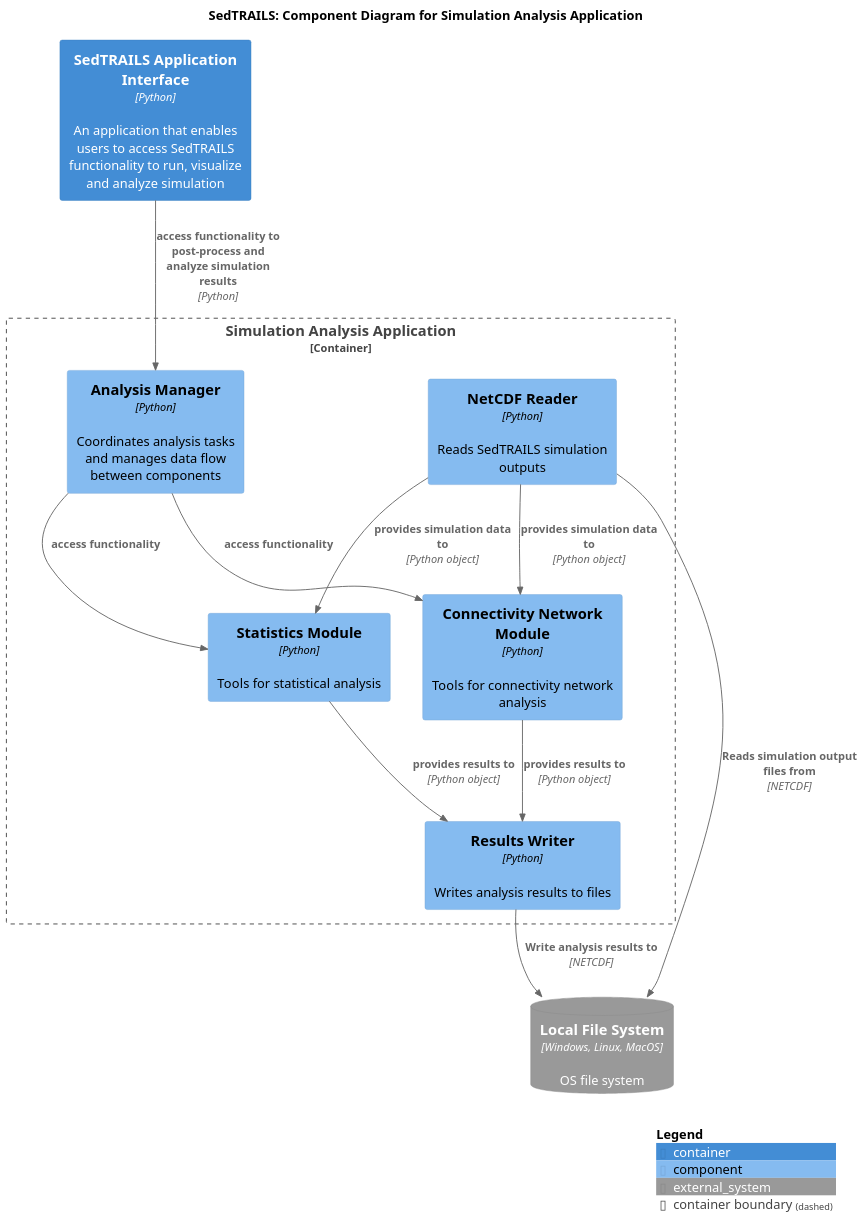
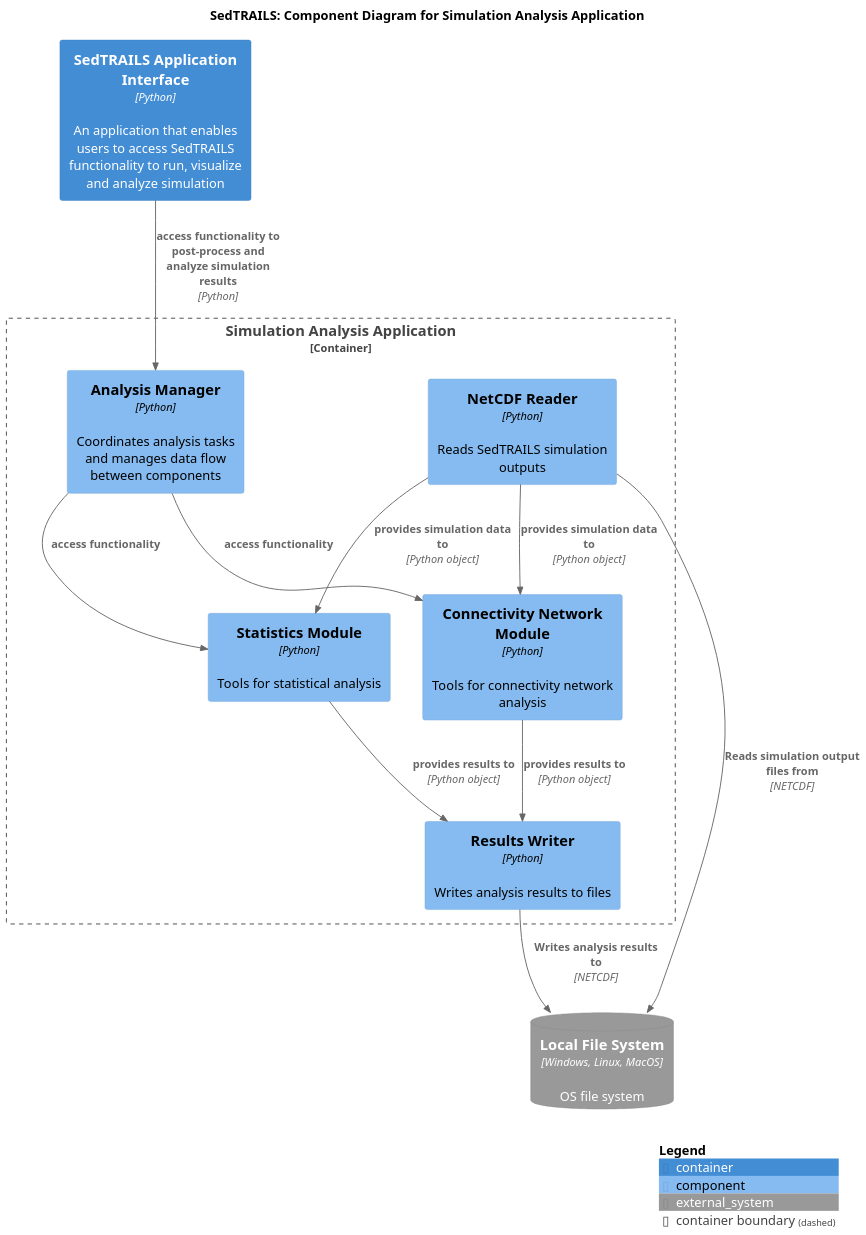
The diagram in diagrams/components-analysis-app.puml (sgpearson17/sedtrails-sgp), drawn with PlantUML before and after one commit. The commit also changed 7 other files, not shown here.

Commit message:
docs: correct typos and improve clarity in component diagrams

```diff
--- a/diagrams/components-analysis-app.puml
+++ b/diagrams/components-analysis-app.puml
@@ -1,33 +1,33 @@
 @startuml SedtrailComponentsAnalysis
 !include ./c4/C4_Component.puml
 
 ' LAYOUT_LANDSCAPE()
 
 title SedTRAILS: Component Diagram for Simulation Analysis Application
 scale 1.5
 
 
 Container(sedtrailsInterface, "SedTRAILS Application Interface", "Python", "An application that enables users to access SedTRAILS functionality to run, visualize and analyze simulation")
 SystemDb_Ext(fileSystem, "Local File System", "OS file system", $type="Windows, Linux, MacOS")
 
 Container_Boundary(analystApp, "Simulation Analysis Application", "Python", "An application to post-process simulation outputs and conduct statistical and connectivity network analyses"){
     Component(fileReader, "NetCDF Reader", "Python", "Reads SedTRAILS simulation outputs")
     Component(fileWriter, "Results Writer", "Python", "Writes analysis results to files")
     Component(statistics, "Statistics Module", "Python", "Tools for statistical analysis")
     Component(connectivity, "Connectivity Network Module", "Python", "Tools for connectivity network analysis")
     Component(analysisManager, "Analysis Manager", "Python", "Coordinates analysis tasks and manages data flow between components")
 
     Rel(fileReader, statistics, "provides simulation data to", "Python object")
     Rel(fileReader, connectivity, "provides simulation data to", "Python object")   
     Rel(connectivity, fileWriter, "provides results to", "Python object")
     Rel(statistics, fileWriter, "provides results to", "Python object")
 }
 
 Rel(fileReader, fileSystem, "Reads simulation output files from", "NETCDF")
-Rel(fileWriter, fileSystem , "Write analysis results to", "NETCDF")
+Rel(fileWriter, fileSystem , "Writes analysis results to", "NETCDF")
 Rel(sedtrailsInterface, analysisManager, "access functionality to post-process and analyze simulation results", "Python")
 Rel(analysisManager, statistics, "access functionality",)
 Rel(analysisManager, connectivity, "access functionality",)
 
 SHOW_LEGEND()
 @enduml
```
